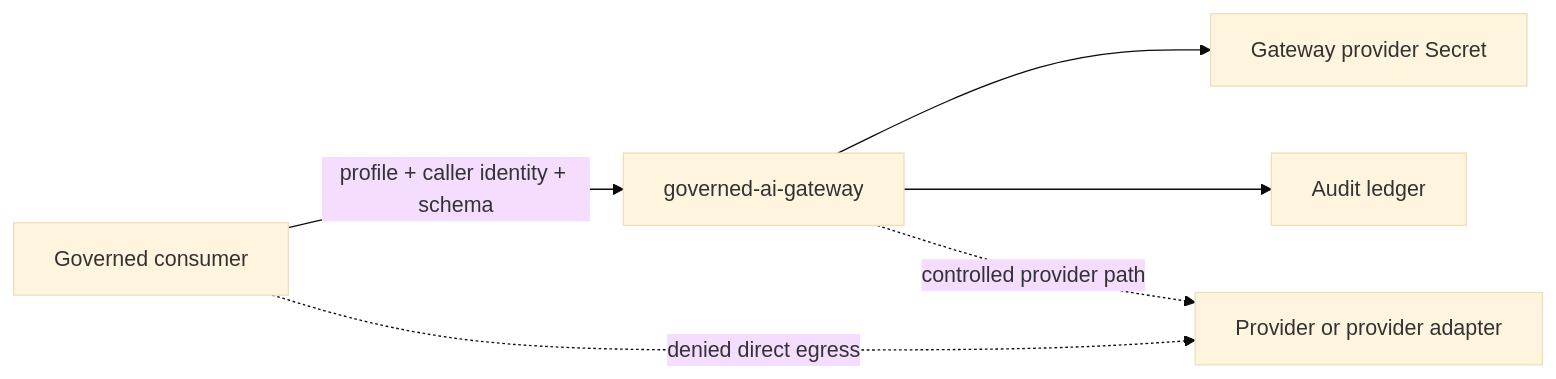
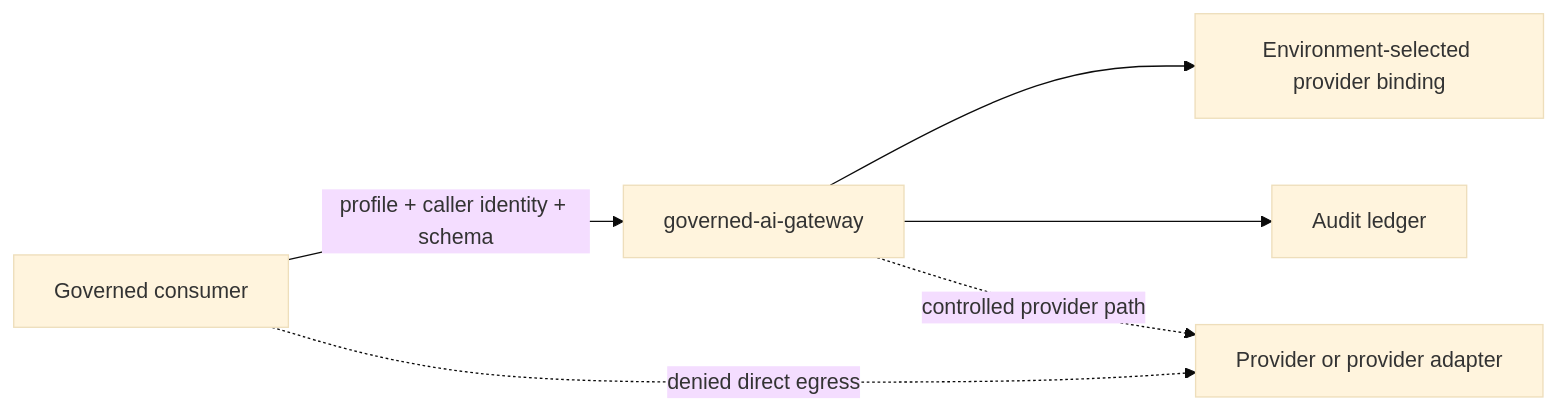
The diagram in docs/components/governed-ai-gateway/architecture.md (mfshaf7/platform-engineering), drawn with Mermaid (base theme) before and after one commit. The commit also changed other lines of this file and 27 other files, not shown here.

````diff
--- a/docs/components/governed-ai-gateway/architecture.md
+++ b/docs/components/governed-ai-gateway/architecture.md
@@ -40,14 +40,14 @@
 ```mermaid
 flowchart LR
     Consumer[Governed consumer]
     Gateway[governed-ai-gateway]
-    ProviderSecret[Gateway provider Secret]
+    Binding[Environment-selected provider binding]
     Audit[Audit ledger]
     Provider[Provider or provider adapter]
 
     Consumer -->|profile + caller identity + schema| Gateway
-    Gateway --> ProviderSecret
+    Gateway --> Binding
     Gateway --> Audit
     Gateway -. controlled provider path .-> Provider
     Consumer -. denied direct egress .-> Provider
 ```
````
